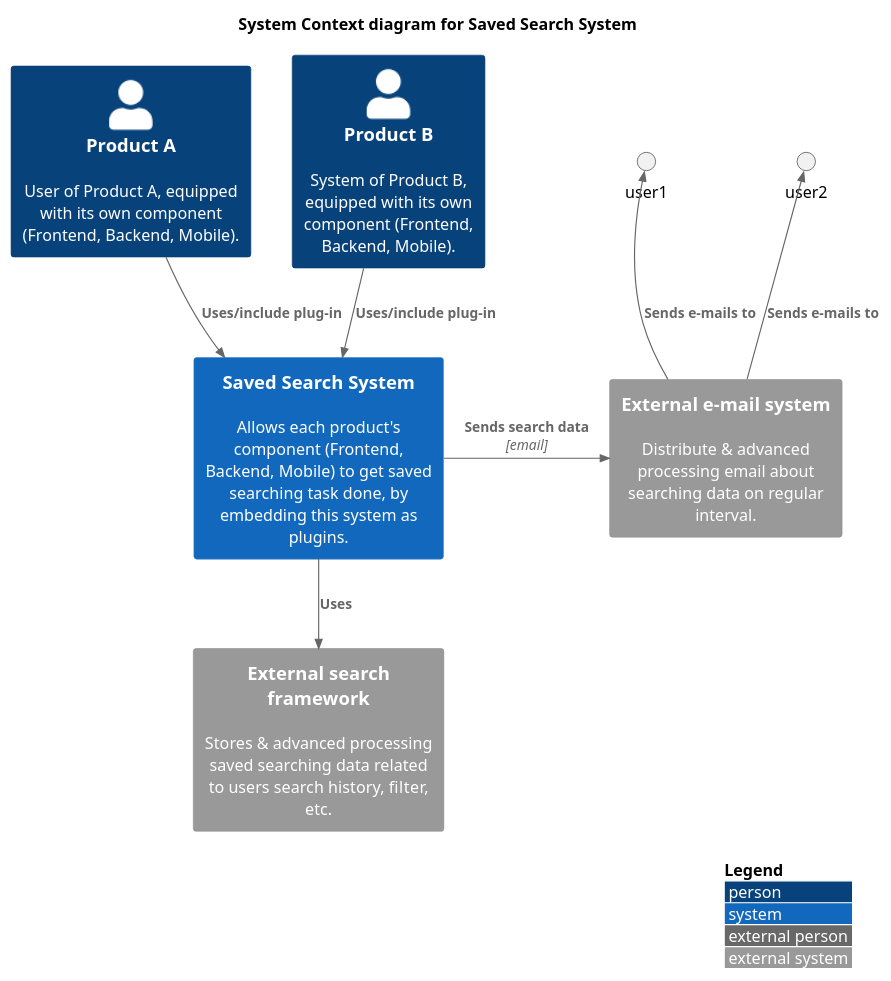
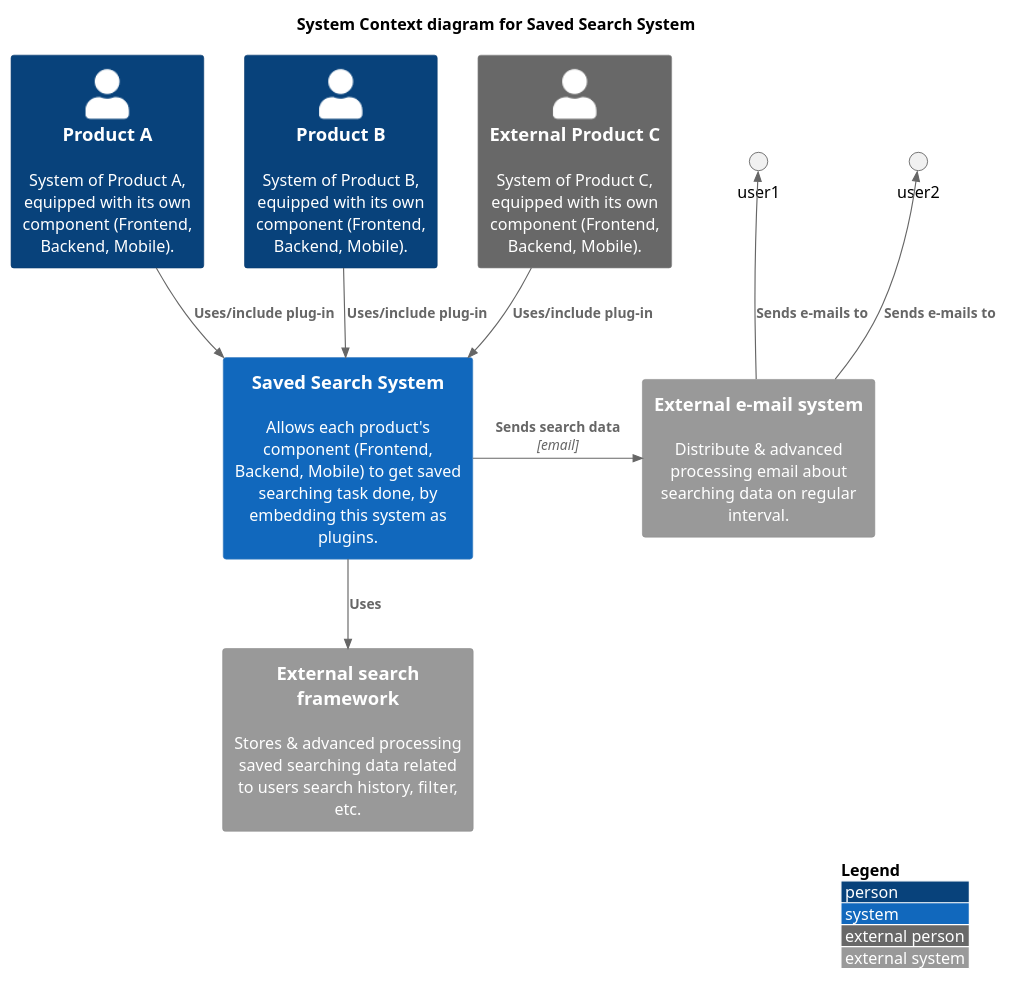
Before and after one commit to djiwandou/scaleup: the diagram in figures/system-contextv3.puml, drawn with PlantUML. The commit also changed 3 other files, not shown here.

Commit message:
Doc: Modif on system-contextfollowing the roadmap

```diff
--- a/figures/system-contextv3.puml
+++ b/figures/system-contextv3.puml
@@ -1,23 +1,26 @@
 @startuml
 ' !include https://raw.githubusercontent.com/plantuml-stdlib/C4-PlantUML/master/C4_Context.puml
 ' uncomment the following line and comment the first to use locally
 !include C4_Context.puml
 
 LAYOUT_WITH_LEGEND()
 
 title System Context diagram for Saved Search System
 
-Person(product1, "Product A", "User of Product A, equipped with its own component (Frontend, Backend, Mobile).")
+Person(product1, "Product A", "System of Product A, equipped with its own component (Frontend, Backend, Mobile).")
 Person(product2, "Product B", "System of Product B, equipped with its own component (Frontend, Backend, Mobile).")
 System(saved_search_system, "Saved Search System", "Allows each product's component (Frontend, Backend, Mobile) to get saved searching task done, by embedding this system as plugins.")
 
 System_Ext(mail_system, "External e-mail system", "Distribute & advanced processing email about searching data on regular interval.")
 System_Ext(framework, "External search framework", "Stores & advanced processing saved searching data related to users search history, filter, etc.")
+
+Person_Ext(product3, "External Product C", "System of Product C, equipped with its own component (Frontend, Backend, Mobile).")
 
 Rel(product1, saved_search_system, "Uses/include plug-in")
 Rel(product2, saved_search_system, "Uses/include plug-in")
 Rel_Back(user1, mail_system, "Sends e-mails to")
 Rel_Back(user2, mail_system, "Sends e-mails to")
 Rel_Neighbor(saved_search_system, mail_system, "Sends search data", "email")
 Rel(saved_search_system, framework, "Uses")
+Rel(product3, saved_search_system, "Uses/include plug-in")
 @enduml
```
